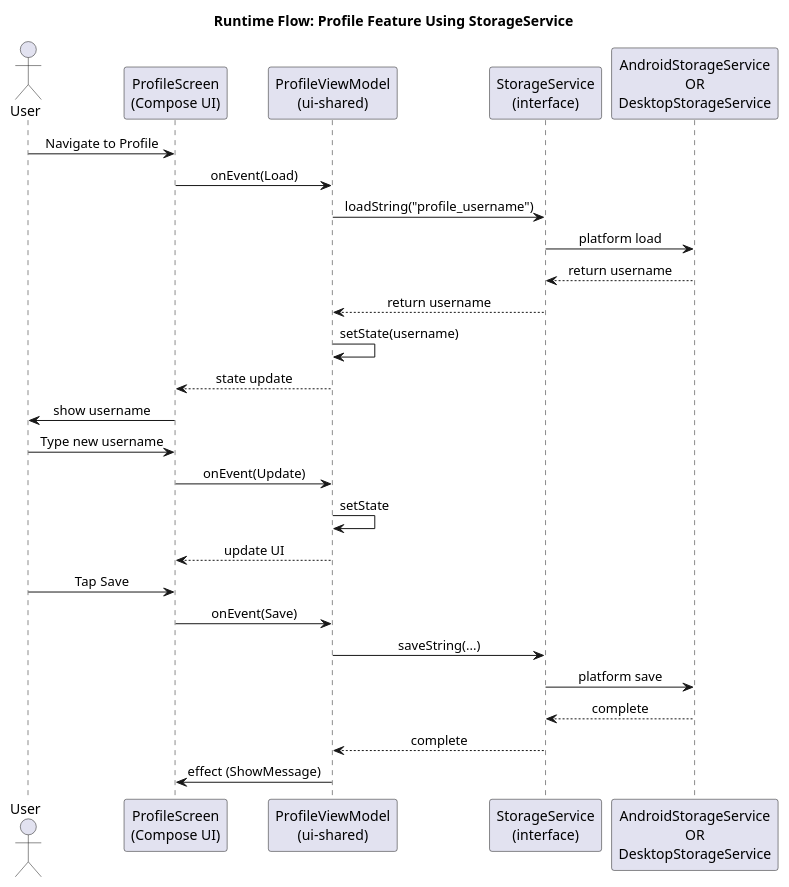
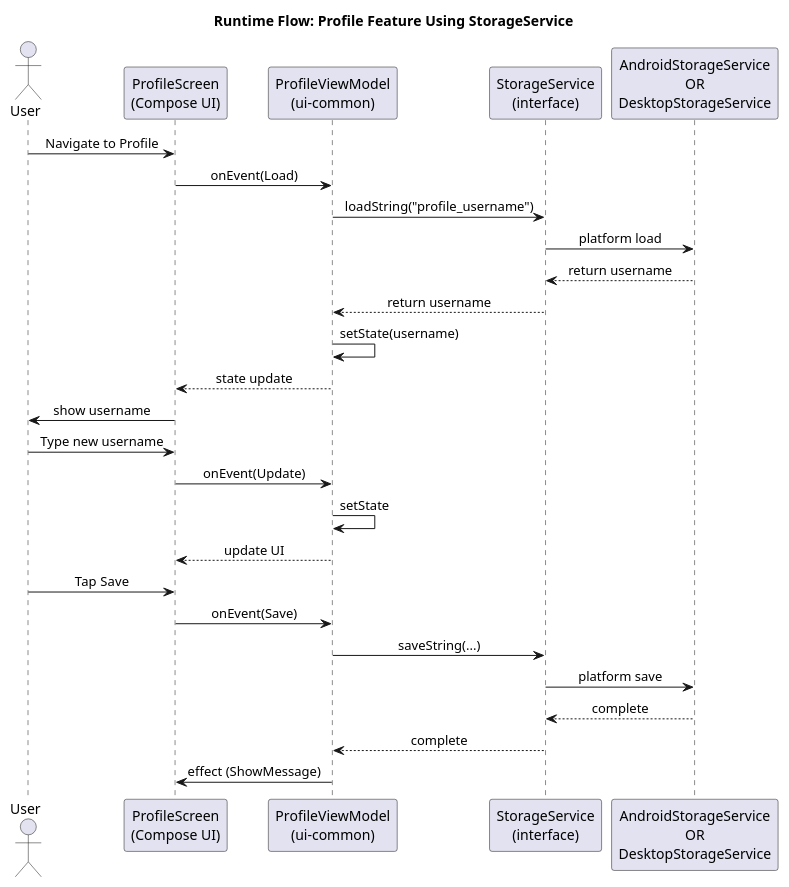
Before and after one commit to sildeag/sound2text: the first of 2 diagrams in docs/architecture/04_runtime_profile_storage.puml, drawn with PlantUML. The commit also changed other lines of this file and 253 other files, not shown here.

```diff
--- a/docs/architecture/04_runtime_profile_storage.puml
+++ b/docs/architecture/04_runtime_profile_storage.puml
@@ -1,31 +1,31 @@
 @startuml
 title Runtime Flow: Profile Feature Using StorageService
 skinparam shadowing false
 skinparam defaultTextAlignment center
 skinparam packageStyle rectangle
 actor User
 participant "ProfileScreen\n(Compose UI)" as Screen
-participant "ProfileViewModel\n(ui-shared)" as VM
+participant "ProfileViewModel\n(ui-common)" as VM
 participant "StorageService\n(interface)" as SS
 participant "AndroidStorageService\nOR\nDesktopStorageService" as Impl
 User -> Screen: Navigate to Profile
 Screen -> VM: onEvent(Load)
 VM -> SS: loadString("profile_username")
 SS -> Impl: platform load
 Impl --> SS: return username
 SS --> VM: return username
 VM -> VM: setState(username)
 VM --> Screen: state update
 Screen -> User: show username
 User -> Screen: Type new username
 Screen -> VM: onEvent(Update)
 VM -> VM: setState
 VM --> Screen: update UI
 User -> Screen: Tap Save
 Screen -> VM: onEvent(Save)
 VM -> SS: saveString(...)
 SS -> Impl: platform save
 Impl --> SS: complete
 SS --> VM: complete
 VM -> Screen: effect (ShowMessage)
 @enduml
```
